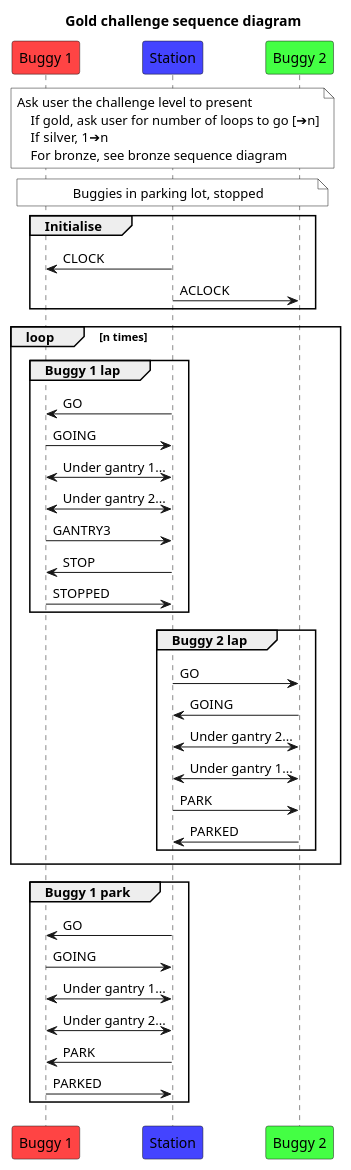
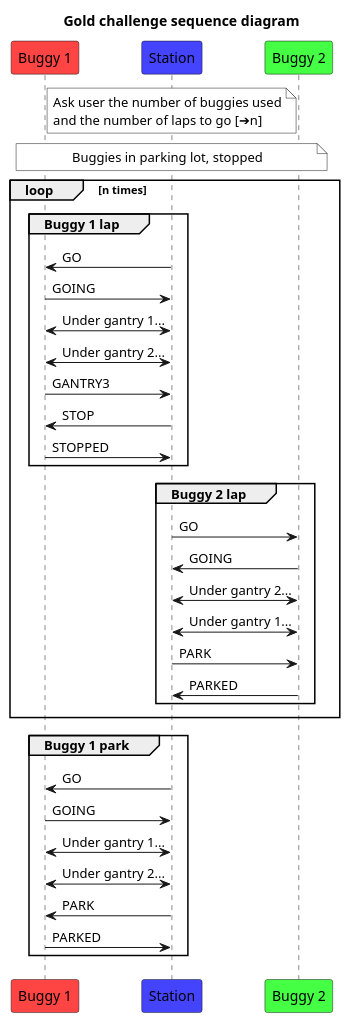
Before and after one commit to RobT00/BuggyDesignProjectTCD: the diagram in doc/Sequence diagrams/Gold.puml, drawn with PlantUML. The commit also changed 8 other files, not shown here.

```diff
--- a/doc/Sequence diagrams/Gold.puml
+++ b/doc/Sequence diagrams/Gold.puml
@@ -1,43 +1,37 @@
 @startuml
 !pragma teoz true
 title Gold challenge sequence diagram
 participant "Buggy 1" as b1 #f44
 participant Station as s #44f
 participant "Buggy 2" as b2 #4f4
-note over s #fff: Ask user the challenge level to present\n\
-    If gold, ask user for number of loops to go [➔n]\n\
-    If silver, 1➔n\n\
-    For bronze, see bronze sequence diagram
+note over s #fff: Ask user the number of buggies used\n\
+and the number of laps to go [➔n]
 note over b1, b2 #fff: Buggies in parking lot, stopped
-group Initialise
-    s->b1: CLOCK
-    s->b2: ACLOCK
-end
 loop n times
     group Buggy 1 lap
         s->b1: GO
         s<-b1: GOING
         s<->b1: Under gantry 1...
         s<->b1: Under gantry 2...
         s<-b1: GANTRY3
         s->b1: STOP
         s<-b1: STOPPED
     end
     group Buggy 2 lap
         s->b2: GO
         s<-b2: GOING
         s<->b2: Under gantry 2...
         s<->b2: Under gantry 1...
         s->b2: PARK
         s<-b2: PARKED
     end
 end
 group Buggy 1 park
     s->b1: GO
     s<-b1: GOING
     s<->b1: Under gantry 1...
     s<->b1: Under gantry 2...
     s->b1: PARK
     s<-b1: PARKED
 end
 @enduml
```
